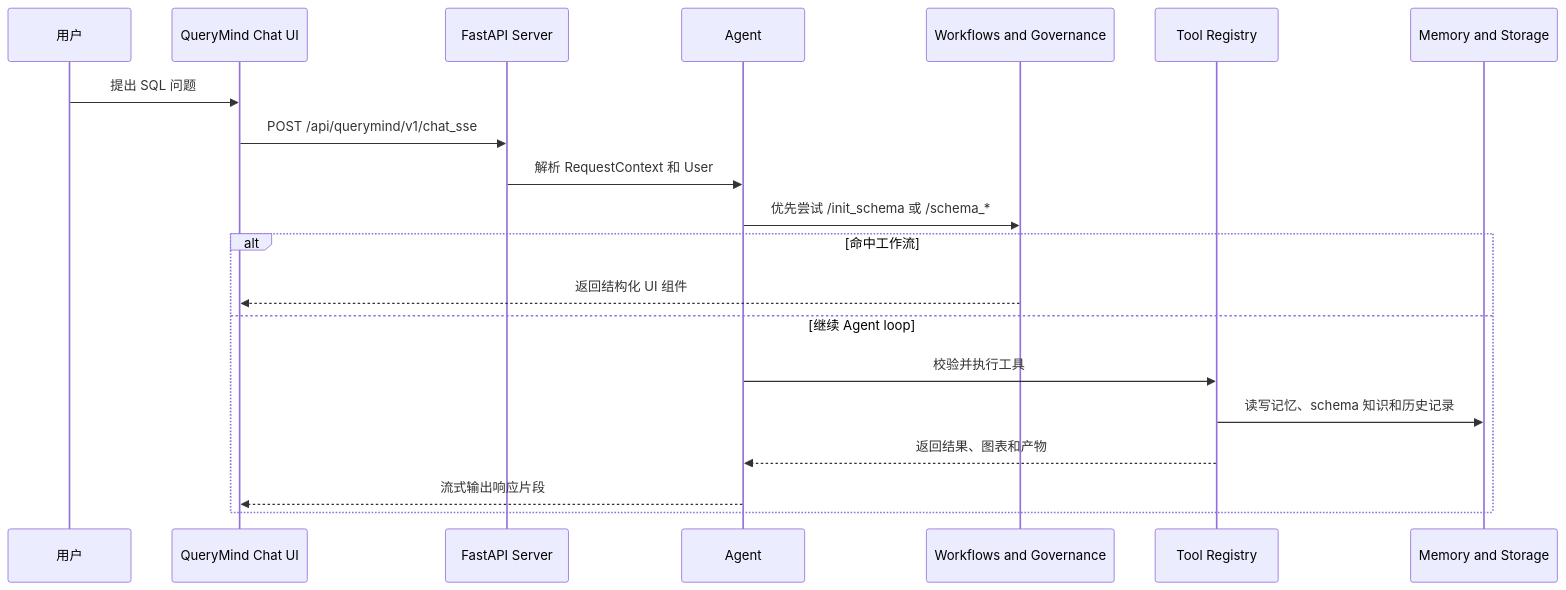
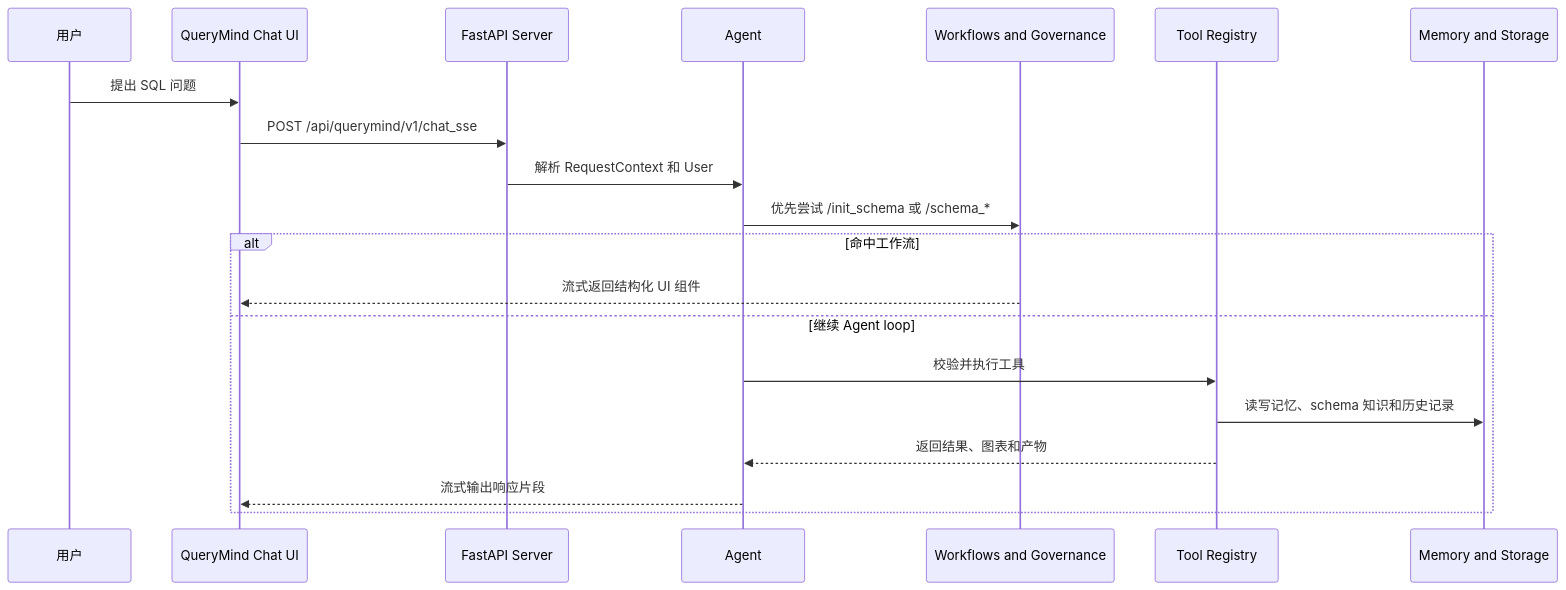
One commit to Tangxihong0922/QueryMind changed the diagram in README_zh.md. Above: the diagram before and after it, drawn with Mermaid. The commit also changed other lines of this file and 11 other files, not shown here.

````diff
--- a/README_zh.md
+++ b/README_zh.md
@@ -37,23 +73,23 @@
 ```mermaid
 sequenceDiagram
     participant U as 用户
     participant UI as QueryMind Chat UI
     participant API as FastAPI Server
     participant A as Agent
-    participant WF as Workflows and Governance
+    participant W as Workflows and Governance
     participant T as Tool Registry
-    participant S as Memory and Storage
+    participant M as Memory and Storage
 
     U->>UI: 提出 SQL 问题
     UI->>API: POST /api/querymind/v1/chat_sse
     API->>A: 解析 RequestContext 和 User
-    A->>WF: 优先尝试 /init_schema 或 /schema_*
+    A->>W: 优先尝试 /init_schema 或 /schema_*
     alt 命中工作流
-        WF-->>UI: 返回结构化 UI 组件
+        W-->>UI: 流式返回结构化 UI 组件
     else 继续 Agent loop
         A->>T: 校验并执行工具
-        T->>S: 读写记忆、schema 知识和历史记录
+        T->>M: 读写记忆、schema 知识和历史记录
         T-->>A: 返回结果、图表和产物
         A-->>UI: 流式输出响应片段
     end
 ```
````
